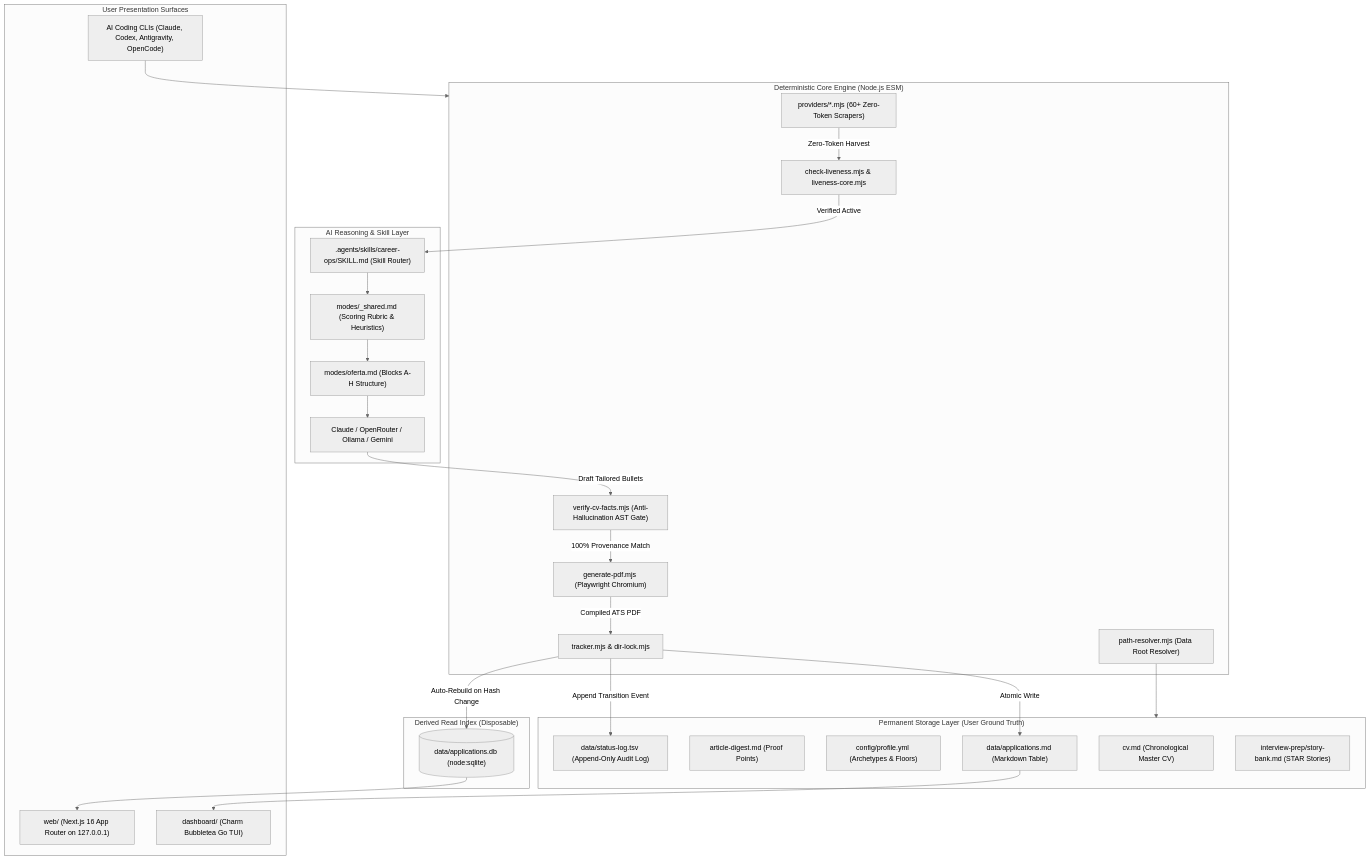
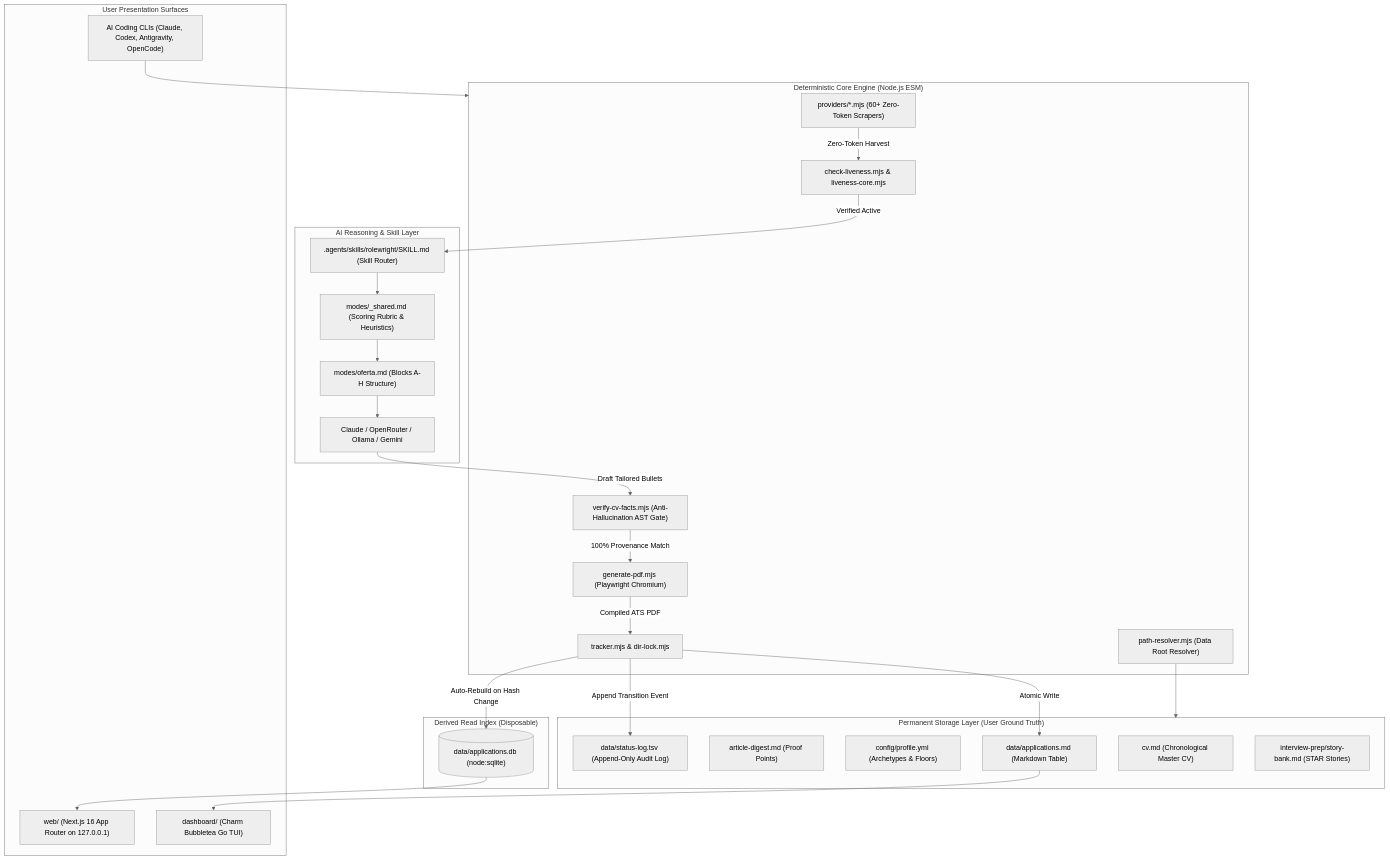
The first of 4 diagrams in packages/engine/docs/architecture/SystemArchitecture.md (CJCreator/Jobs_Automated), drawn with Mermaid (neutral theme) before and after one commit. The commit also changed 118 other files, not shown here.

First line of the commit message:
refactor(engine): rename the CLI skill from career-ops to rolewright

````diff
--- a/packages/engine/docs/architecture/SystemArchitecture.md
+++ b/packages/engine/docs/architecture/SystemArchitecture.md
@@ -24,51 +24,51 @@
 ```mermaid
 flowchart TD
     subgraph StorageLayer ["Permanent Storage Layer (User Ground Truth)"]
         CV["cv.md (Chronological Master CV)"]
         Digest["article-digest.md (Proof Points)"]
         Profile["config/profile.yml (Archetypes & Floors)"]
         Tracker["data/applications.md (Markdown Table)"]
         Ledger["data/status-log.tsv (Append-Only Audit Log)"]
         StoryBank["interview-prep/story-bank.md (STAR Stories)"]
     end
 
     subgraph CoreEngine ["Deterministic Core Engine (Node.js ESM)"]
         Scanners["providers/*.mjs (60+ Zero-Token Scrapers)"]
         LivenessGate["check-liveness.mjs & liveness-core.mjs"]
         FactGate["verify-cv-facts.mjs (Anti-Hallucination AST Gate)"]
         Renderer["generate-pdf.mjs (Playwright Chromium)"]
         TrackerManager["tracker.mjs & dir-lock.mjs"]
         PathResolver["path-resolver.mjs (Data Root Resolver)"]
     end
 
     subgraph AgentLayer ["AI Reasoning & Skill Layer"]
-        Router[".agents/skills/career-ops/SKILL.md (Skill Router)"]
+        Router[".agents/skills/rolewright/SKILL.md (Skill Router)"]
         SharedPrompt["modes/_shared.md (Scoring Rubric & Heuristics)"]
         OfertaPrompt["modes/oferta.md (Blocks A-H Structure)"]
         LLMConnectors["Claude / OpenRouter / Ollama / Gemini"]
     end
 
     subgraph DerivedLayer ["Derived Read Index (Disposable)"]
         SQLiteDB[("data/applications.db (node:sqlite)")]
     end
 
     subgraph Interfaces ["User Presentation Surfaces"]
         WebUI["web/ (Next.js 16 App Router on 127.0.0.1)"]
         GoTUI["dashboard/ (Charm Bubbletea Go TUI)"]
         CLIs["AI Coding CLIs (Claude, Codex, Antigravity, OpenCode)"]
     end
 
     Scanners -->|Zero-Token Harvest| LivenessGate
     LivenessGate -->|Verified Active| Router
     Router --> SharedPrompt --> OfertaPrompt --> LLMConnectors
     LLMConnectors -->|Draft Tailored Bullets| FactGate
     FactGate -->|100% Provenance Match| Renderer
     Renderer -->|Compiled ATS PDF| TrackerManager
     TrackerManager -->|Atomic Write| Tracker
     TrackerManager -->|Append Transition Event| Ledger
     TrackerManager -->|Auto-Rebuild on Hash Change| SQLiteDB
     SQLiteDB --> WebUI
     Tracker --> GoTUI
     CLIs --> CoreEngine
     PathResolver --> StorageLayer
 ```
````
